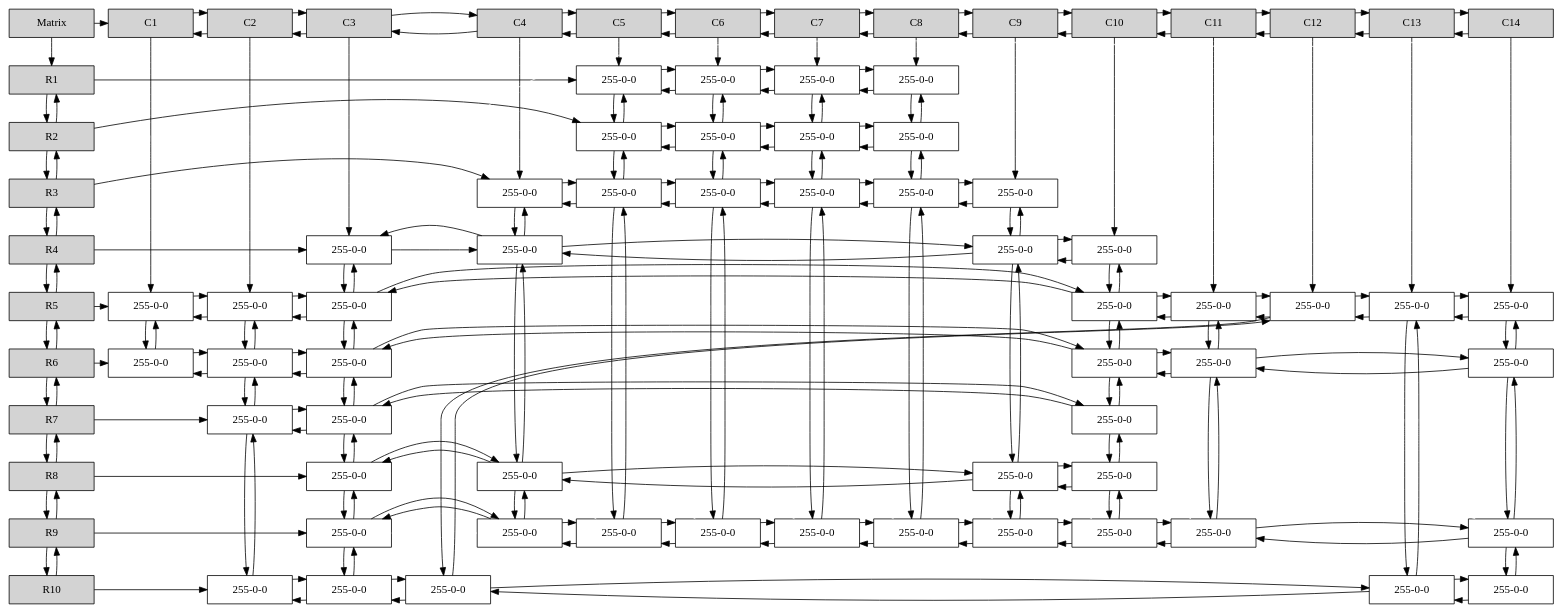
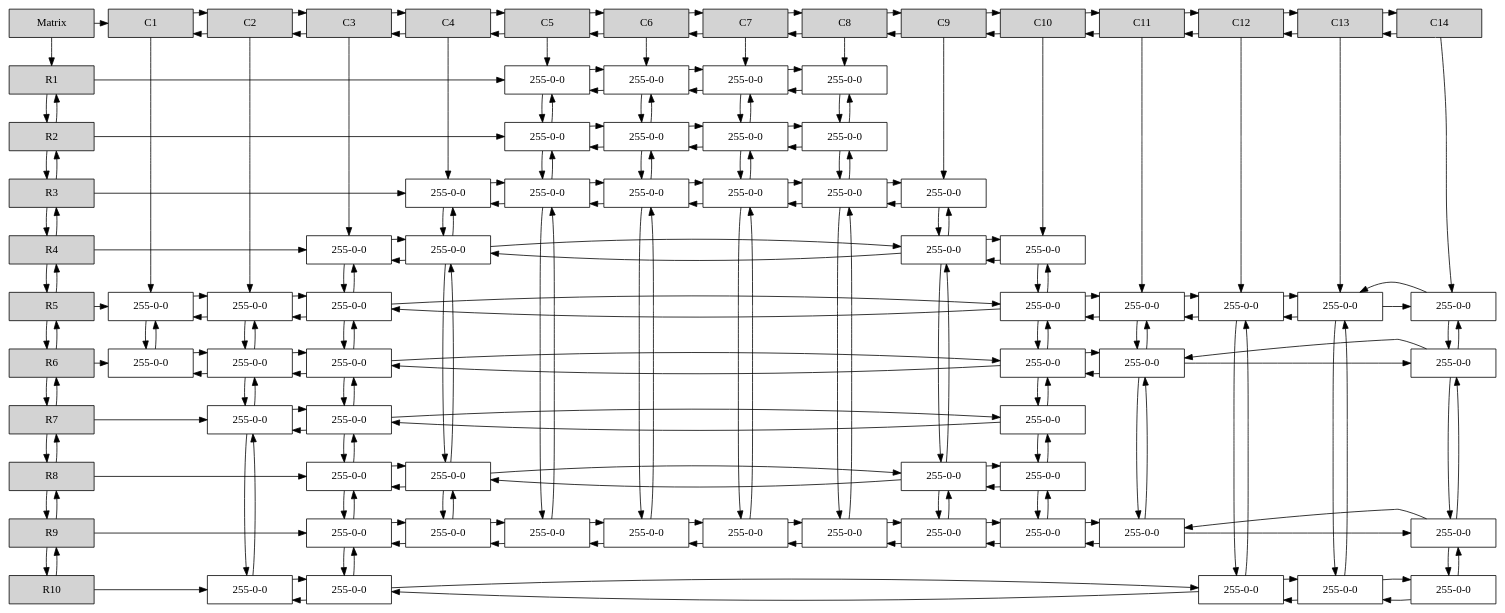
One commit to deathstroke021/EDD_2S2019_PY1_201503961 changed the diagram in Exports/Mushroom/red_dots.dot. Above: the diagram before and after it, drawn with Graphviz. The commit also changed 108 other files, not shown here.

```diff
--- a/Exports/Mushroom/red_dots.dot
+++ b/Exports/Mushroom/red_dots.dot
@@ -227,61 +227,51 @@
 U9 -> N3_L9;
 N3_L9 -> N3_L8;
 N3_L8 -> N3_L9;
-e7-> N3_L9[dir = none, color = "white"];
 N4_L9 [label = "255-0-0" width = 1.5, group =6];
 N4_L9 -> N3_L9;
 N3_L9 -> N4_L9;
 N4_L9 -> N4_L8;
 N4_L8 -> N4_L9;
-e7-> N4_L9[dir = none, color = "white"];
 N5_L9 [label = "255-0-0" width = 1.5, group =7];
 N5_L9 -> N4_L9;
 N4_L9 -> N5_L9;
 N5_L9 -> N5_L3;
 N5_L3 -> N5_L9;
-e7-> N5_L9[dir = none, color = "white"];
 N6_L9 [label = "255-0-0" width = 1.5, group =8];
 N6_L9 -> N5_L9;
 N5_L9 -> N6_L9;
 N6_L9 -> N6_L3;
 N6_L3 -> N6_L9;
-e7-> N6_L9[dir = none, color = "white"];
 N7_L9 [label = "255-0-0" width = 1.5, group =9];
 N7_L9 -> N6_L9;
 N6_L9 -> N7_L9;
 N7_L9 -> N7_L3;
 N7_L3 -> N7_L9;
-e7-> N7_L9[dir = none, color = "white"];
 N8_L9 [label = "255-0-0" width = 1.5, group =10];
 N8_L9 -> N7_L9;
 N7_L9 -> N8_L9;
 N8_L9 -> N8_L3;
 N8_L3 -> N8_L9;
-e7-> N8_L9[dir = none, color = "white"];
 N9_L9 [label = "255-0-0" width = 1.5, group =11];
 N9_L9 -> N8_L9;
 N8_L9 -> N9_L9;
 N9_L9 -> N9_L8;
 N9_L8 -> N9_L9;
-e7-> N9_L9[dir = none, color = "white"];
 N10_L9 [label = "255-0-0" width = 1.5, group =12];
 N10_L9 -> N9_L9;
 N9_L9 -> N10_L9;
 N10_L9 -> N10_L8;
 N10_L8 -> N10_L9;
-e7-> N10_L9[dir = none, color = "white"];
 N11_L9 [label = "255-0-0" width = 1.5, group =13];
 N11_L9 -> N10_L9;
 N10_L9 -> N11_L9;
 N11_L9 -> N11_L6;
 N11_L6 -> N11_L9;
-e7-> N11_L9[dir = none, color = "white"];
 N14_L9 [label = "255-0-0" width = 1.5, group =16];
 N14_L9 -> N11_L9;
 N11_L9 -> N14_L9;
 N14_L9 -> N14_L6;
 N14_L6 -> N14_L9;
-e7-> N14_L9[dir = none, color = "white"];
 { rank = same; U9;N3_L9;N4_L9;N5_L9;N6_L9;N7_L9;N8_L9;N9_L9;N10_L9;N11_L9;N14_L9;}
 U10[label = "R10"    width = 1.5 style = filled, group = 1 ];
 U10 -> U9;
```
